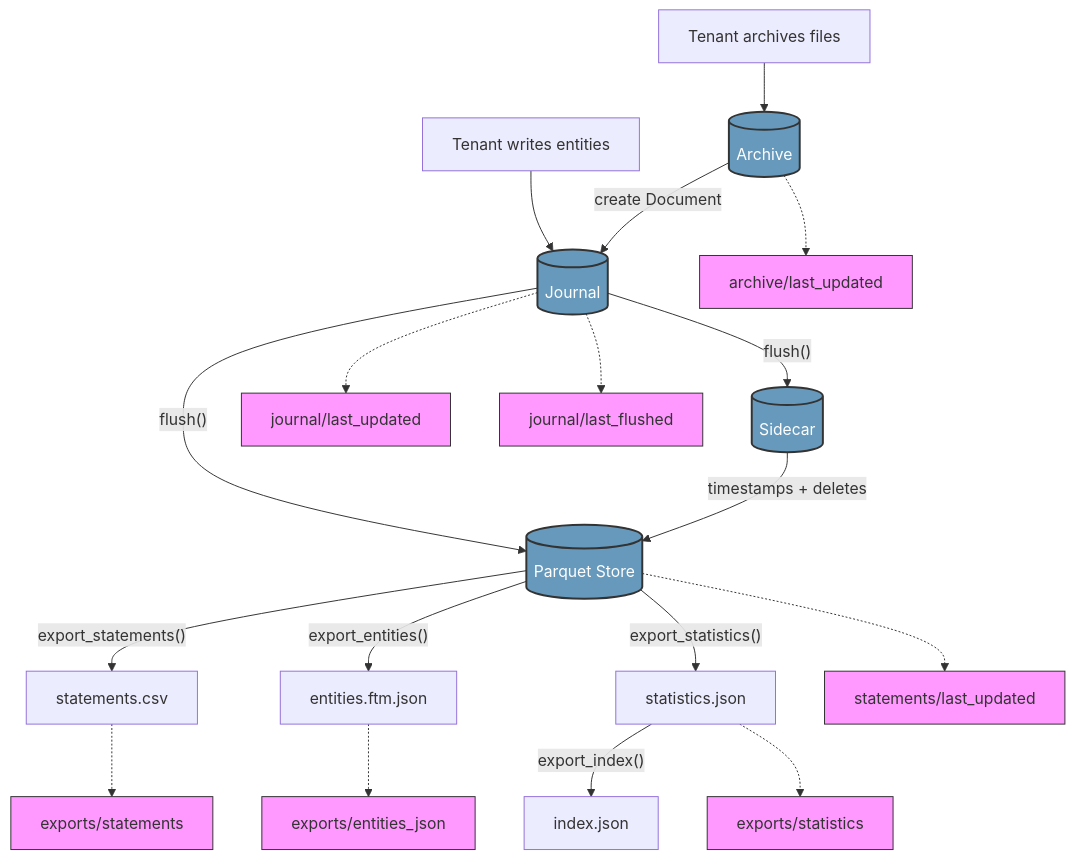
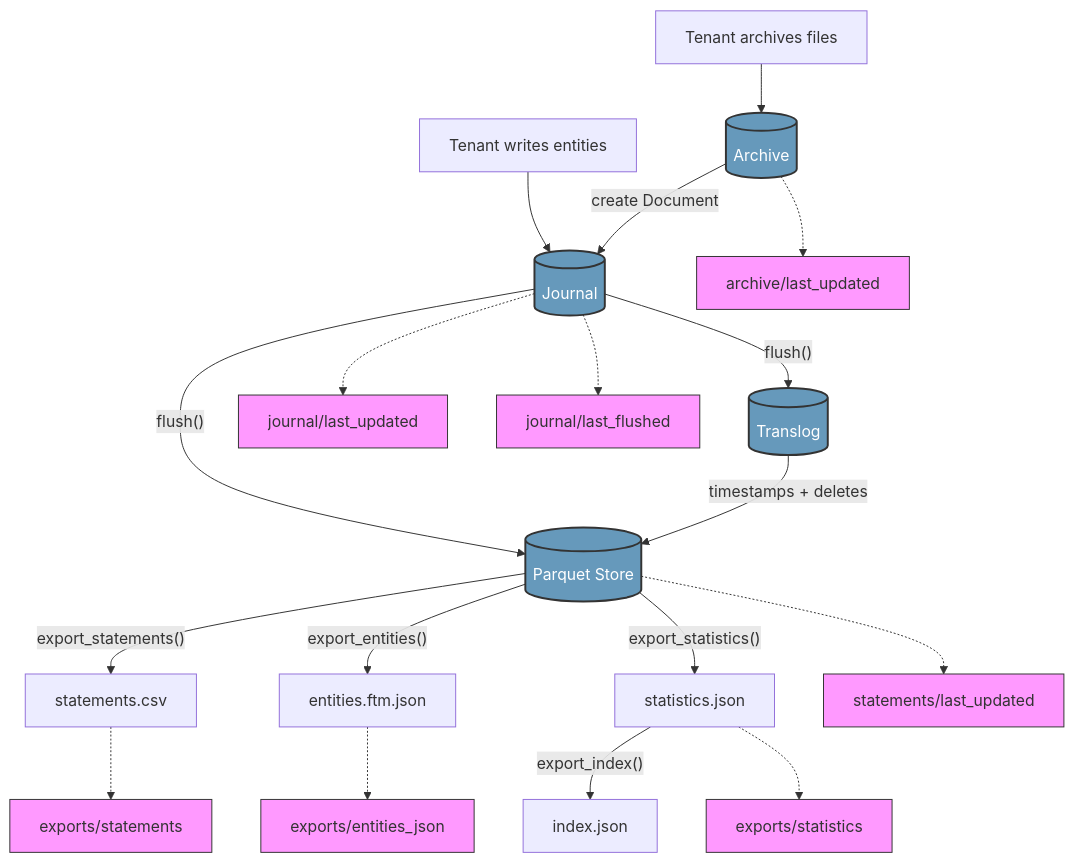
The diagram in docs/functionality.md (openaleph/ftm-lakehouse), drawn with Mermaid before and after one commit. The commit also changed other lines of this file and 15 other files, not shown here.

Commit message:
🚚 sidecar -> translog

````diff
--- a/docs/functionality.md
+++ b/docs/functionality.md
@@ -390,27 +390,27 @@
 ```mermaid
 flowchart TD
     A[Tenant writes entities] --> B[(Journal)]
     A2[Tenant archives files] --> AR[(Archive)]
     AR -.-> T0[archive/last_updated]
     AR --> |"create Document"| B
 
     B --> |"flush()"| C[(Parquet Store)]
-    B --> |"flush()"| SC[(Sidecar)]
+    B --> |"flush()"| SC[(Translog)]
     SC --> |"timestamps + deletes"| C
     C --> |"export_statements()"| D[statements.csv]
     C --> |"export_entities()"| E[entities.ftm.json]
     C --> |"export_statistics()"| F[statistics.json]
     F --> |"export_index()"| G[index.json]
 
     B -.-> T1[journal/last_updated]
     B -.-> T1b[journal/last_flushed]
     C -.-> T2[statements/last_updated]
     D -.-> T3[exports/statements]
     E -.-> T4[exports/entities_json]
     F -.-> T5[exports/statistics]
 
     classDef tag fill:#f9f,stroke:#333,stroke-width:1px
     classDef storage fill:#69b,stroke:#333,stroke-width:2px,color:#fff
     class T0,T1,T1b,T2,T3,T4,T5 tag
     class B,C,SC,AR storage
 ```
````
